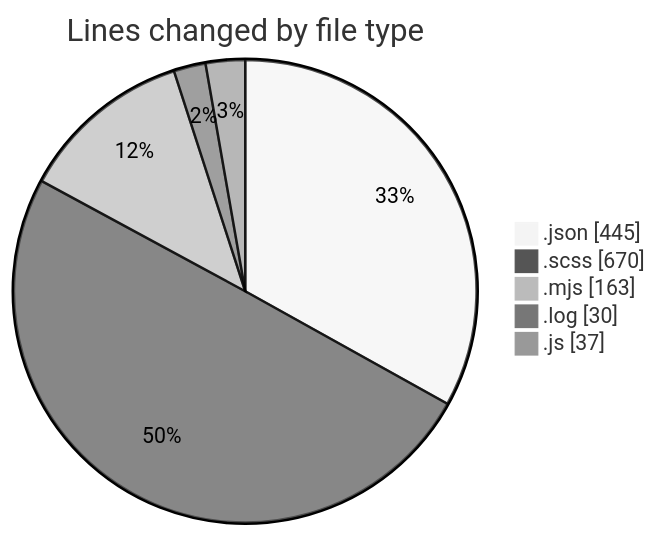
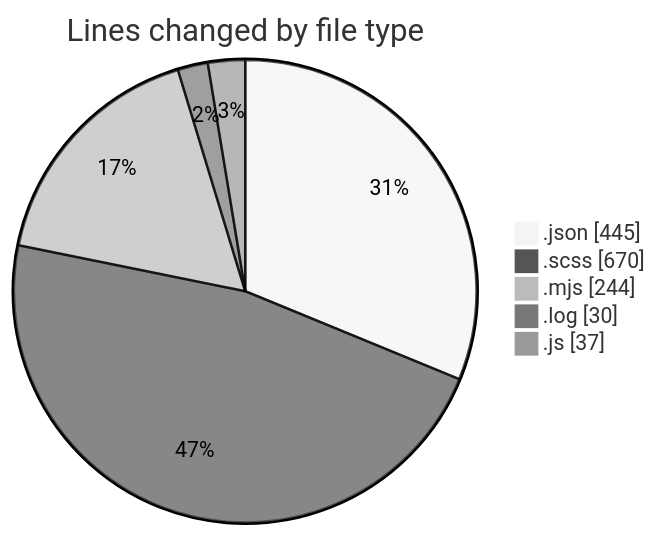
One commit to momahboobian/code-tracking changed the first of 2 diagrams in 2026-08-12/cda/README.md. Above: the diagram before and after it, drawn with Mermaid (neutral theme). The commit also changed other lines of this file and 1 other file, not shown here.

````diff
--- a/2026-08-12/cda/README.md
+++ b/2026-08-12/cda/README.md
@@ -33,9 +34,9 @@
 ```mermaid
 pie showData
 title Lines changed by file type
 ".json" : 445
 ".scss" : 670
-".mjs" : 163
+".mjs" : 244
 ".log" : 30
 ".js" : 37
 ```
````
